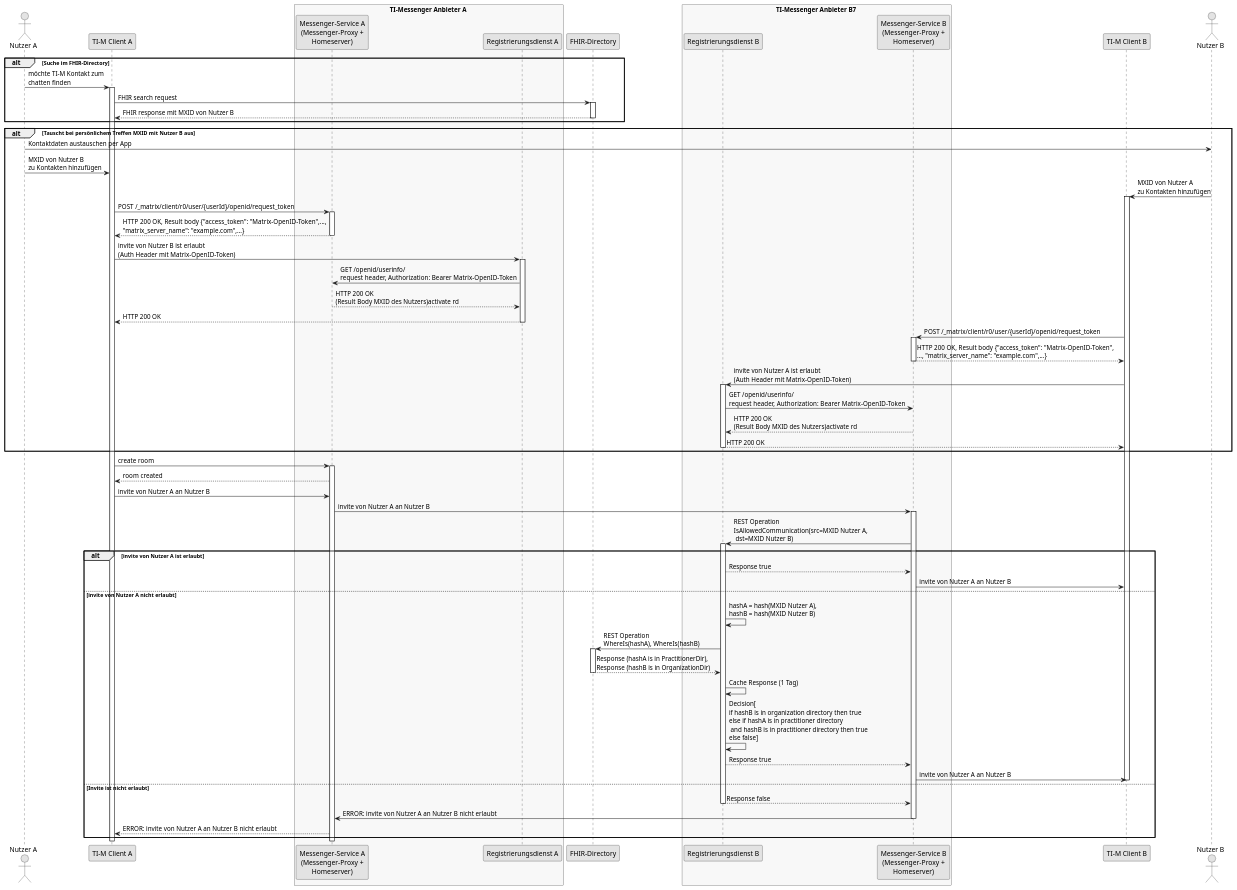
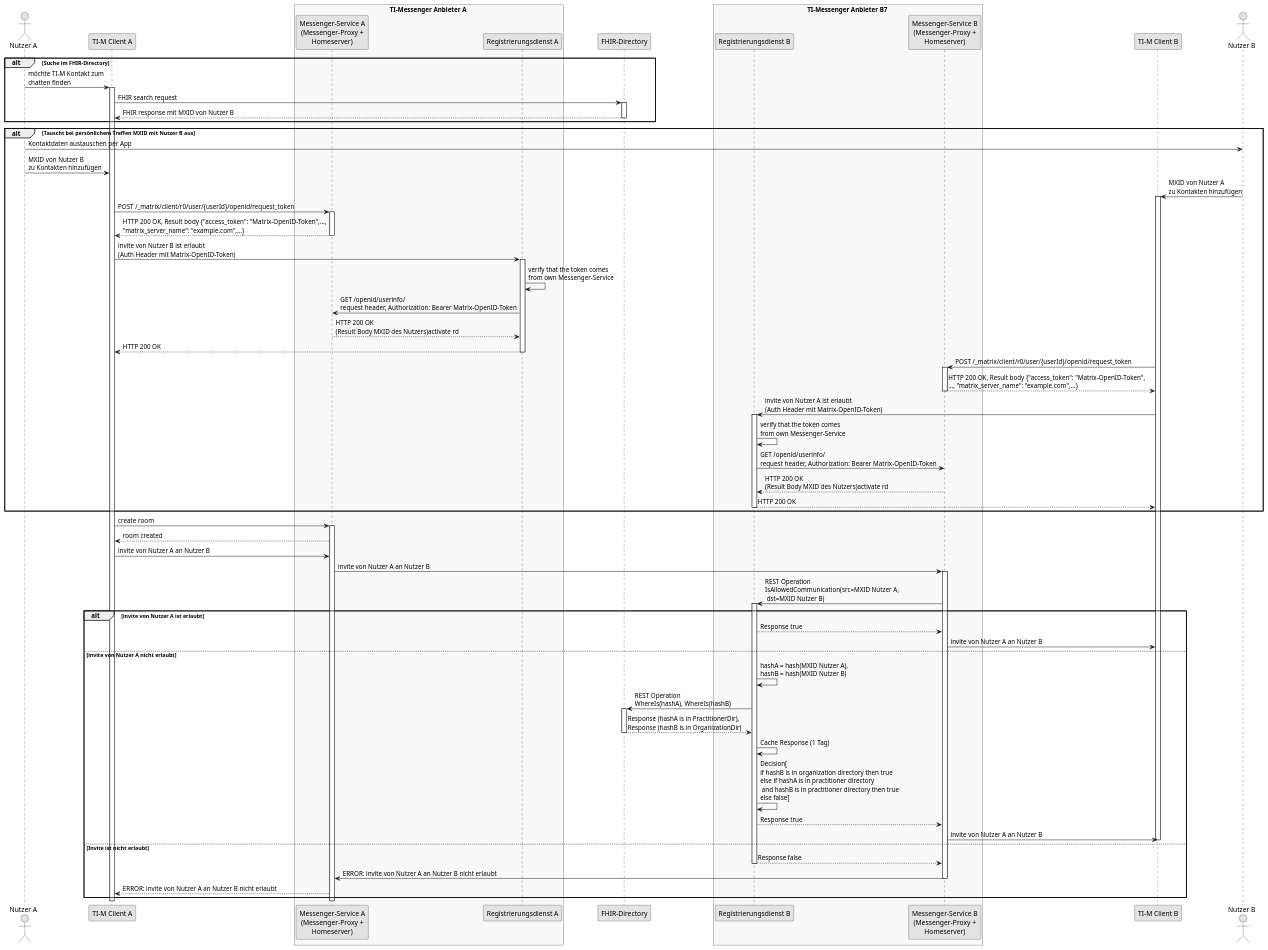
The diagram in src/plantuml/architecture/Communication_control_without_PASSporT.puml (gematik/api-ti-messenger), drawn with PlantUML before and after one commit. The commit also changed 1 other file, not shown here.

```diff
--- a/src/plantuml/architecture/Communication_control_without_PASSporT.puml
+++ b/src/plantuml/architecture/Communication_control_without_PASSporT.puml
@@ -1,114 +1,116 @@
 @startuml TI-Messenger communication control without PASSporT
 /'
 Vorteile:
 - bessere Kompatibilität mit Matrix API
 - einfachere Architektur
 - keine Signaturprüfung von PASSporT im Messenger-Proxy
   - kein download von Signatur-, CA- und Root-Zertifikaten erforderlich (Schnittstelle und
     Spezifikation fehlen noch in aktueller Spec)
   - keine Abhängigkeit mehr zu PT Infrastructure
 - Bessere Latenz bei Suchen im FHIR-Dir
   - einheitliche Schnittstelle im FHIR-Dir für TIM und KIM 2.0
   - geringere Abhängigkeit vom FHIR-Dir
 - Ermöglicht TI 2.0 Zero Trust Architektur (Policy Decision Point (PDP) ist entweder in
   Registrierungsdienst integriert oder eigenständige Komponente, Policy Enforcement Point ist der Messenger-Proxy)
   - einfache Erweiterung um zusätzliche Policies im PDP möglich (z. B. für Versicherte)
   - Sicherheit von TIM wird durch TIM-Komponenten kontrolliert (und nicht durch das FHIR-Dir)
 - Bessere UX für Austausch von TI-M Adressen bei persönlichem Kontakt.
   - Austausch von TIM Adressen grundsätzlich auch remote möglich
 
 Was muss getan werden, um ohne PASSporTs auszukommen?
 - PASSporT aus der TI-M Spec entfernen
 - PASSporT aus der FHIR-Dir Spec entfernen
 - REST Operationen am Messenger-Proxy spezifizieren (invite von MXIDs erlauben und Erlaubnis widerrufen,
   Dauer der Erlaubnis als Parameter)
 - zusätzliche REST Operationen an I_TIM_Provider_Services
 - Erläuternde Beschreibung der Abläufe zwischen Messenger-Proxy und Registrierungsdienst
 '/
 !pragma layout smetana
 '!include ../includes/gem-tim.iuml
 '!include ../includes/gem-tim-monochrome.iuml
 skinparam monochrome true
 
 actor a as "Nutzer A"
 participant cl as "TI-M Client A"
 box TI-Messenger Anbieter A #GhostWhite
 participant mp as "Messenger-Service A\n(Messenger-Proxy +\nHomeserver)"
 participant rd as "Registrierungsdienst A"
 end box
 participant fd as "FHIR-Directory"
 box TI-Messenger Anbieter B7 #GhostWhite
 participant rdb as "Registrierungsdienst B"
 participant mpb as "Messenger-Service B\n(Messenger-Proxy +\nHomeserver)"
 end box
 participant clb as "TI-M Client B"
 actor b as "Nutzer B"
 
 alt Suche im FHIR-Directory
 a -> cl: möchte TI-M Kontakt zum\nchatten finden
 activate cl
 cl -> fd: FHIR search request
 activate fd
 fd --> cl: FHIR response mit MXID von Nutzer B
 deactivate fd
 end
 alt Tauscht bei persönlichem Treffen MXID mit Nutzer B aus
 a -> b: Kontaktdaten austauschen per App
 a -> cl: MXID von Nutzer B\nzu Kontakten hinzufügen
 b -> clb: MXID von Nutzer A\nzu Kontakten hinzufügen
 activate clb
 cl -> mp: POST /_matrix/client/r0/user/{userId}/openid/request_token
 activate mp
 mp --> cl: HTTP 200 OK, Result body {"access_token": "Matrix-OpenID-Token",...,\n"matrix_server_name": "example.com",...}
 deactivate mp
 cl -> rd: invite von Nutzer B ist erlaubt\n(Auth Header mit Matrix-OpenID-Token)
 activate rd
+rd->rd: verify that the token comes\nfrom own Messenger-Service
 rd -> mp: GET /openid/userinfo/\nrequest header, Authorization: Bearer Matrix-OpenID-Token
 mp --> rd: HTTP 200 OK\n(Result Body MXID des Nutzers)activate rd
 rd --> cl: HTTP 200 OK
 deactivate rd
 clb -> mpb: POST /_matrix/client/r0/user/{userId}/openid/request_token
 activate mpb
 mpb --> clb: HTTP 200 OK, Result body {"access_token": "Matrix-OpenID-Token",\n..., "matrix_server_name": "example.com",...}
 deactivate mpb
 clb -> rdb: invite von Nutzer A ist erlaubt\n(Auth Header mit Matrix-OpenID-Token)
 activate rdb
+rdb->rdb: verify that the token comes\nfrom own Messenger-Service
 rdb -> mpb: GET /openid/userinfo/\nrequest header, Authorization: Bearer Matrix-OpenID-Token
 mpb --> rdb: HTTP 200 OK\n(Result Body MXID des Nutzers)activate rd
 rdb --> clb: HTTP 200 OK
 deactivate rdb
 end
 cl -> mp: create room
 activate mp
 mp --> cl: room created
 
 ' Invite
 cl -> mp: invite von Nutzer A an Nutzer B
 mp -> mpb: invite von Nutzer A an Nutzer B
 activate mpb
 mpb -> rdb: REST Operation\nIsAllowedCommunication(src=MXID Nutzer A,\n dst=MXID Nutzer B)
 activate rdb
 alt invite von Nutzer A ist erlaubt
 rdb --> mpb: Response true
 mpb -> clb: invite von Nutzer A an Nutzer B
 else invite von Nutzer A nicht erlaubt
 rdb -> rdb: hashA = hash(MXID Nutzer A),\nhashB = hash(MXID Nutzer B)
 rdb -> fd: REST Operation\nWhereIs(hashA), WhereIs(hashB)
 activate fd
 fd --> rdb: Response (hashA is in PractitionerDir),\nResponse (hashB is in OrganizationDir)
 deactivate fd
 rdb -> rdb: Cache Response (1 Tag)
 rdb -> rdb: Decision[\nif hashB is in organization directory then true\nelse if hashA is in practitioner directory\n and hashB is in practitioner directory then true\nelse false]
 rdb --> mpb: Response true
 mpb -> clb: invite von Nutzer A an Nutzer B
 deactivate clb
 else Invite ist nicht erlaubt
 rdb --> mpb: Response false
 deactivate rdb
 mpb -> mp: ERROR: invite von Nutzer A an Nutzer B nicht erlaubt
 deactivate mpb
 mp --> cl: ERROR: invite von Nutzer A an Nutzer B nicht erlaubt
 end
 deactivate mp
 deactivate cl
 @enduml
```
